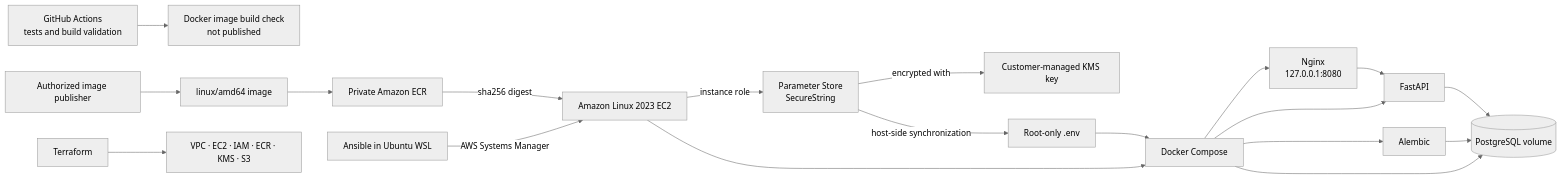
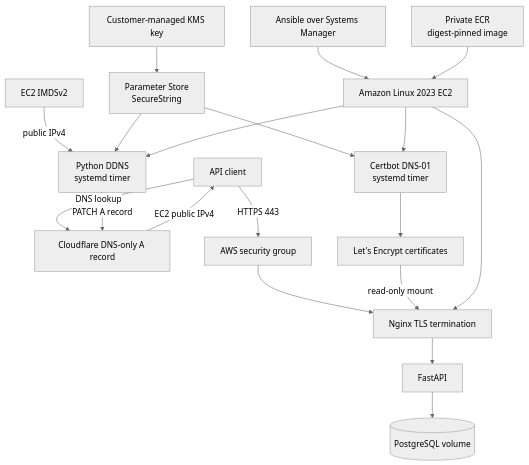
One commit to Orlando-Alvarez/Ticket-API changed the second of 2 diagrams in README.md. Above: the diagram before and after it, drawn with Mermaid (neutral theme). The commit also changed other lines of this file and 8 other files, not shown here.

Commit message:
docs(aws): document public HTTPS and dynamic DNS

````diff
--- a/README.md
+++ b/README.md
@@ -112,22 +124,21 @@
 ```mermaid
-flowchart LR
-    CI[GitHub Actions<br/>tests and build validation]
-    CI --> BuildCheck[Docker image build check<br/>not published]
-    Publisher[Authorized image publisher] --> Image[linux/amd64 image]
-    Image --> ECR[Private Amazon ECR]
-    Terraform[Terraform] --> Infra[VPC · EC2 · IAM · ECR · KMS · S3]
-    Ansible[Ansible in Ubuntu WSL] -->|AWS Systems Manager| EC2[Amazon Linux 2023 EC2]
-    ECR -->|sha256 digest| EC2
-    EC2 -->|instance role| Parameters[Parameter Store<br/>SecureString]
-    Parameters -->|encrypted with| KMS[Customer-managed KMS key]
-    Parameters -->|host-side synchronization| Env[Root-only .env]
-    EC2 --> Compose[Docker Compose]
-    Env --> Compose
-    Compose --> Nginx[Nginx<br/>127.0.0.1:8080]
-    Compose --> API[FastAPI]
-    Compose --> Migrate[Alembic]
-    Compose --> DB[(PostgreSQL volume)]
-    Nginx --> API
-    API --> DB
-    Migrate --> DB
+flowchart TB
+    Client[API client] -->|DNS lookup| DNS[Cloudflare DNS-only A record]
+    DNS -->|EC2 public IPv4| Client
+    Client -->|HTTPS 443| SG[AWS security group]
+    SG --> Nginx[Nginx TLS termination]
+    Nginx --> API[FastAPI]
+    API --> DB[(PostgreSQL volume)]
+    DDNS[Python DDNS<br/>systemd timer] -->|PATCH A record| DNS
+    IMDS[EC2 IMDSv2] -->|public IPv4| DDNS
+    Parameters[Parameter Store<br/>SecureString] --> DDNS
+    Parameters --> Certbot[Certbot DNS-01<br/>systemd timer]
+    KMS[Customer-managed KMS key] --> Parameters
+    Certbot --> Certs[Let's Encrypt certificates]
+    Certs -->|read-only mount| Nginx
+    Ansible[Ansible over Systems Manager] --> EC2[Amazon Linux 2023 EC2]
+    ECR[Private ECR<br/>digest-pinned image] --> EC2
+    EC2 --> Nginx
+    EC2 --> DDNS
+    EC2 --> Certbot
 ```
````
